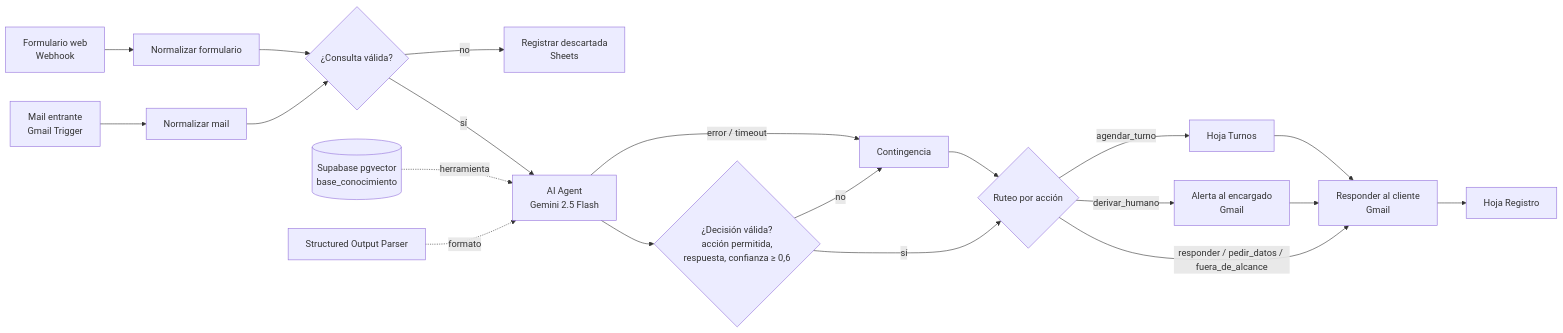
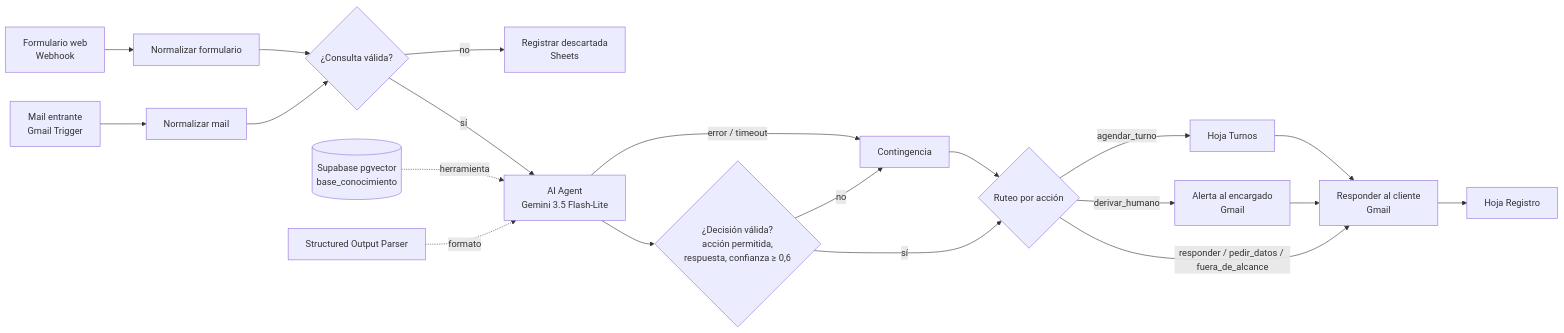
The diagram in README.md (LuchoB93/Automatizacion), drawn with Mermaid before and after one commit. The commit also changed other lines of this file and 11 other files, not shown here.

````diff
--- a/README.md
+++ b/README.md
@@ -77,22 +77,22 @@
 ```mermaid
 flowchart LR
   F[Formulario web<br/>Webhook] --> NF[Normalizar formulario]
   M[Mail entrante<br/>Gmail Trigger] --> NM[Normalizar mail]
   NF --> V{¿Consulta válida?}
   NM --> V
   V -- no --> D[Registrar descartada<br/>Sheets]
-  V -- sí --> A[AI Agent<br/>Gemini 2.5 Flash]
+  V -- sí --> A[AI Agent<br/>Gemini 3.5 Flash-Lite]
   KB[(Supabase pgvector<br/>base_conocimiento)] -. herramienta .-> A
   P[Structured Output Parser] -. formato .-> A
   A -- error / timeout --> C[Contingencia]
   A --> DV{¿Decisión válida?<br/>acción permitida,<br/>respuesta, confianza ≥ 0,6}
   DV -- no --> C
   DV -- sí --> S{Ruteo por acción}
   C --> S
   S -- agendar_turno --> T[Hoja Turnos]
   S -- derivar_humano --> AL[Alerta al encargado<br/>Gmail]
   S -- responder / pedir_datos / fuera_de_alcance --> R
   T --> R[Responder al cliente<br/>Gmail]
   AL --> R
   R --> REG[Hoja Registro]
 ```
````
